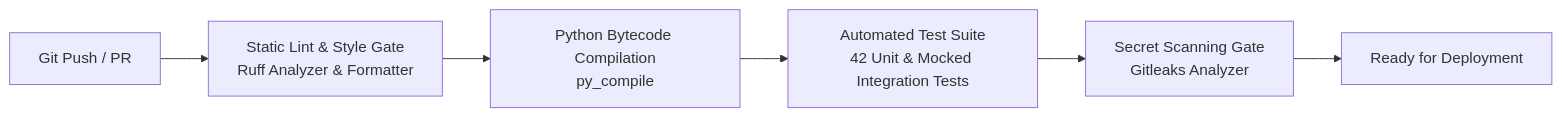
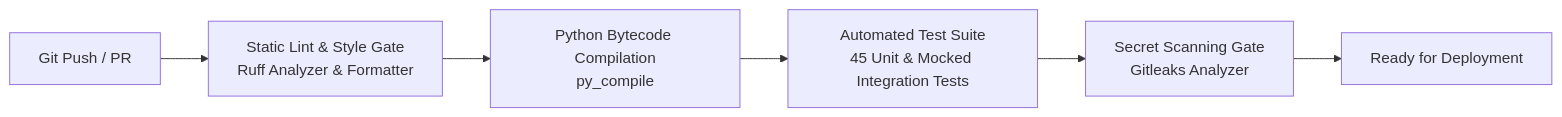
Before and after one commit to Tuhinshu/Second-Brain: the sixth of 6 diagrams in ARCHITECTURE.md, drawn with Mermaid. The commit also changed other lines of this file and 2 other files, not shown here.

````diff
--- a/ARCHITECTURE.md
+++ b/ARCHITECTURE.md
@@ -306,8 +307,8 @@
 ```mermaid
 graph LR
     Push[Git Push / PR] --> Lint[Static Lint & Style Gate<br>Ruff Analyzer & Formatter]
     Lint --> Compile[Python Bytecode Compilation<br>py_compile]
-    Compile --> TestSuite[Automated Test Suite<br>42 Unit & Mocked Integration Tests]
+    Compile --> TestSuite[Automated Test Suite<br>45 Unit & Mocked Integration Tests]
     TestSuite --> SecurityScan[Secret Scanning Gate<br>Gitleaks Analyzer]
     SecurityScan --> Deploy[Ready for Deployment]
 ```
````
